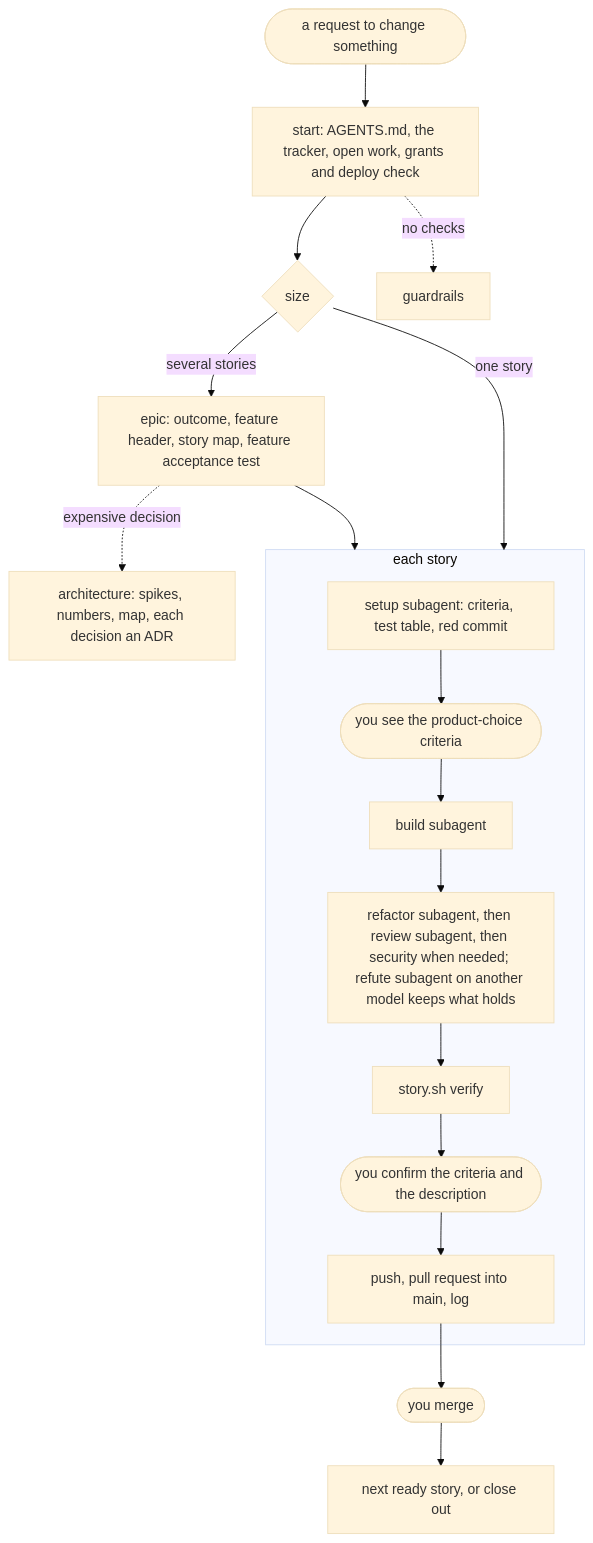
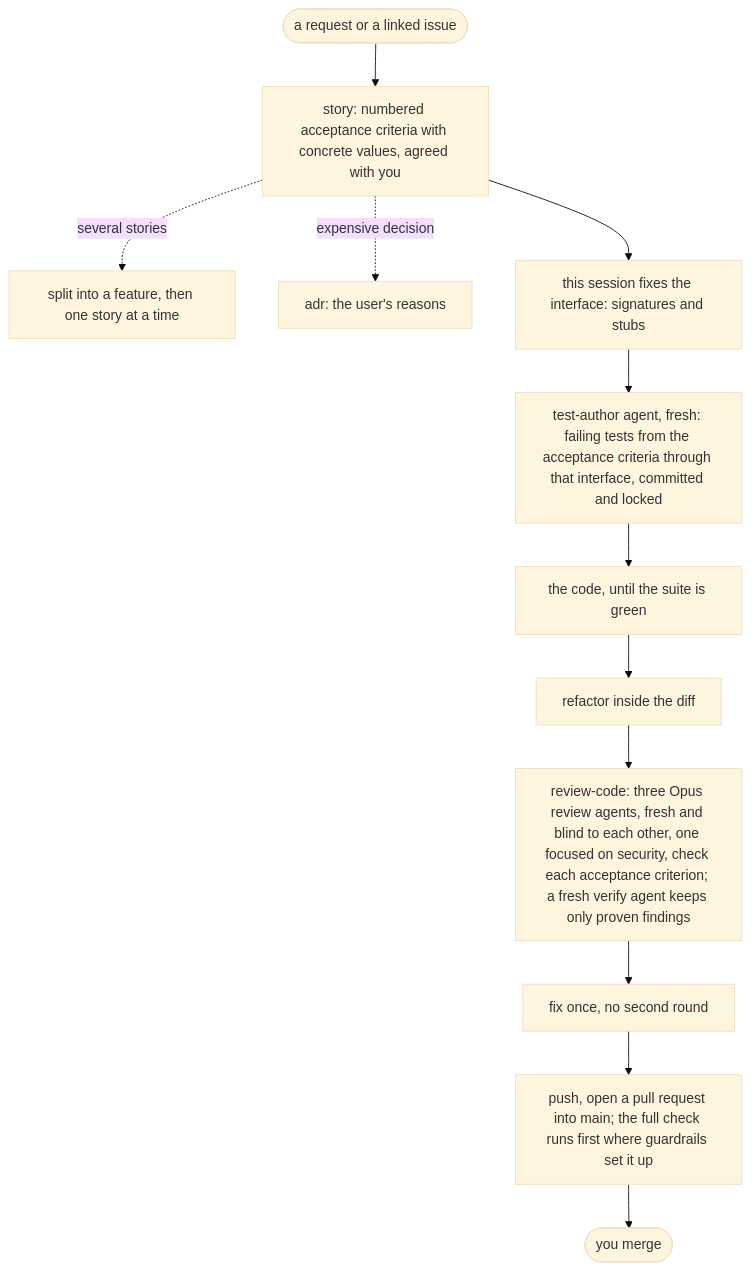
One commit to DaveBben/skills changed the diagram in plugins/SDLC/README.md. Above: the diagram before and after it, drawn with Mermaid (base theme). The commit also changed other lines of this file and 148 other files, not shown here.

````diff
--- a/plugins/SDLC/README.md
+++ b/plugins/SDLC/README.md
@@ -42,16 +20,14 @@
 ```mermaid
 flowchart TD
-    REQ([a request to change something]) --> ST[start: AGENTS.md, the tracker, open work, grants and deploy check]
-    ST --> SZ{size}
-    SZ -- several stories --> EP[epic: outcome, feature header, story map, feature acceptance test]
-    EP -. expensive decision .-> ARC[architecture: spikes, numbers, map, each decision an ADR]
-    EP --> STORY
-    SZ -- one story --> STORY
-
-    subgraph STORY [each story]
-      SET[setup subagent: criteria, test table, red commit] --> SHOW([you see the product-choice criteria]) --> BLD[build subagent] --> REV[refactor subagent, then review subagent, then security when needed; refute subagent on another model keeps what holds] --> VER[story.sh verify] --> OK([you confirm the criteria and the description]) --> PR[push, pull request into main, log]
-    end
-
-    PR --> MRG([you merge]) --> NEXT[next ready story, or close out]
-    ST -. no checks .-> G[guardrails]
+    REQ([a request or a linked issue]) --> CASES[story: numbered acceptance criteria with concrete values, agreed with you]
+    CASES -. several stories .-> SP[split into a feature, then one story at a time]
+    CASES -. expensive decision .-> ARC[adr: the user's reasons]
+    CASES --> IF[this session fixes the interface: signatures and stubs]
+    IF --> RED[test-author agent, fresh: failing tests from the acceptance criteria through that interface, committed and locked]
+    RED --> BLD[the code, until the suite is green]
+    BLD --> REF[refactor inside the diff]
+    REF --> REV[review-code: three Opus review agents, fresh and blind to each other, one focused on security, check each acceptance criterion; a fresh verify agent keeps only proven findings]
+    REV --> FIX[fix once, no second round]
+    FIX --> PR[push, open a pull request into main; the full check runs first where guardrails set it up]
+    PR --> MRG([you merge])
 ```
````
